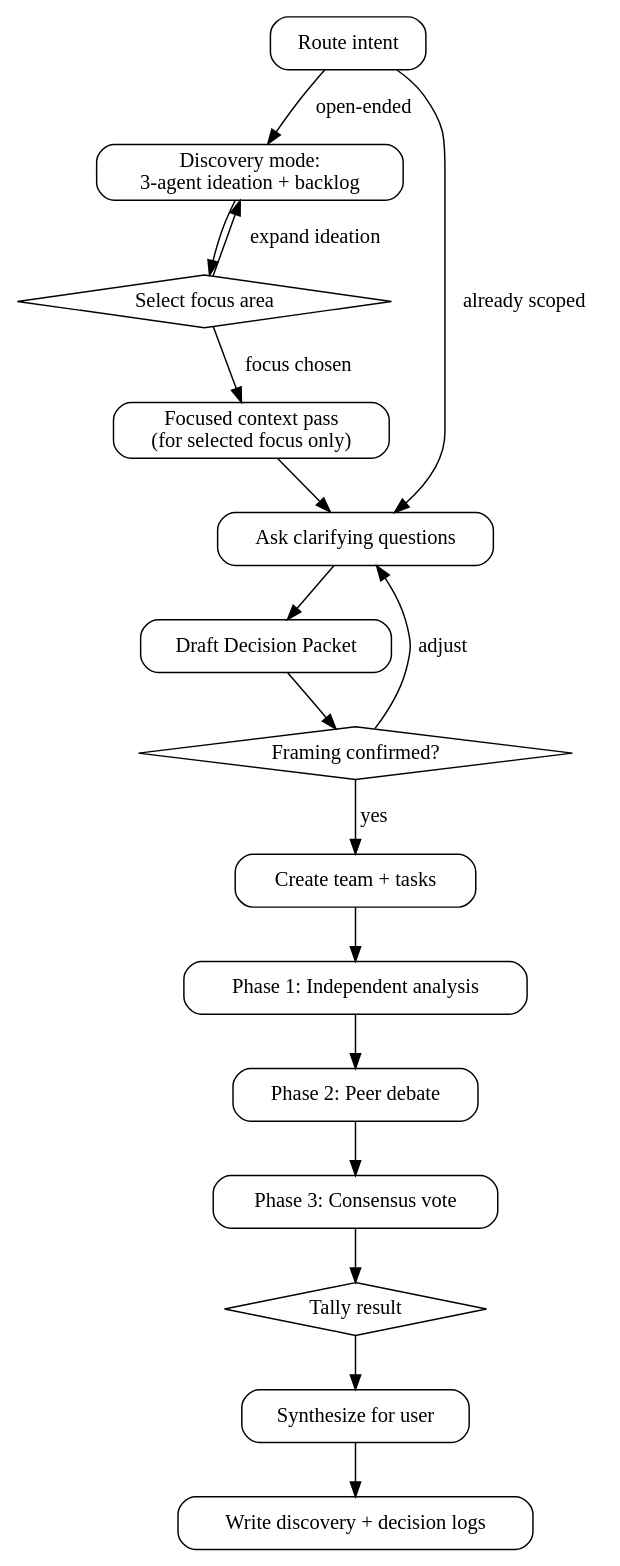
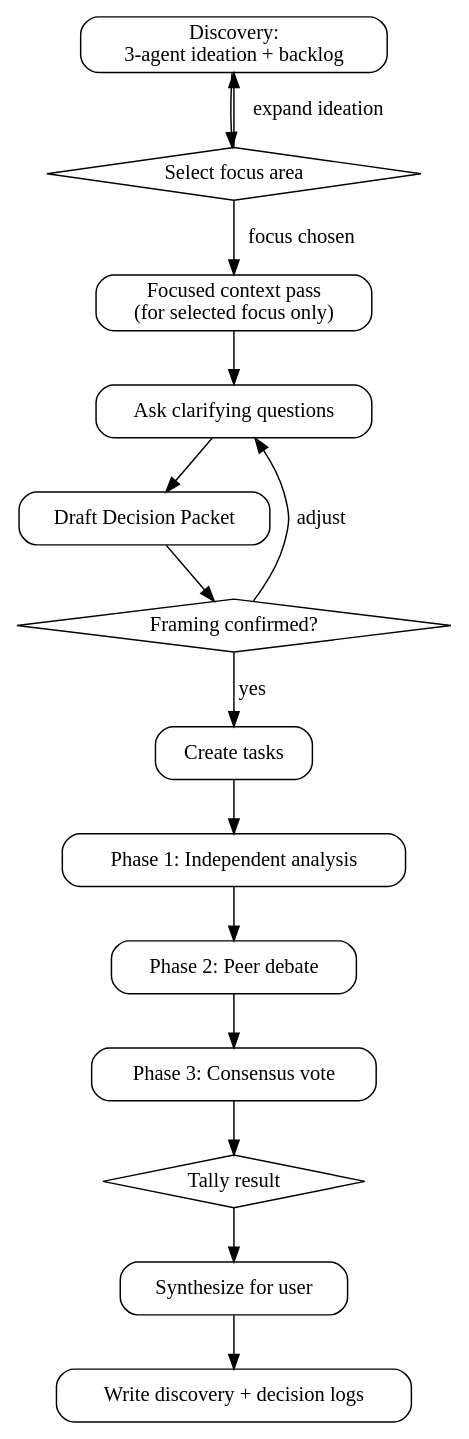
The diagram in skills/magi/SKILL.md (vinta/hal-9000), drawn with Graphviz before and after one commit. The commit also changed other lines of this file, not shown here.

First line of the commit message:
docs(magi): mandate Discovery phase for all runs

````diff
--- a/skills/magi/SKILL.md
+++ b/skills/magi/SKILL.md
@@ -81,34 +73,31 @@
 ```dot
 digraph magi {
     rankdir=TB;
     node [shape=box, style=rounded];
 
-    route [label="Route intent"];
-    discover [label="Discovery mode:\n3-agent ideation + backlog"];
+    discover [label="Discovery:\n3-agent ideation + backlog"];
     select [label="Select focus area" shape=diamond style=""];
     orient [label="Focused context pass\n(for selected focus only)"];
     clarify [label="Ask clarifying questions"];
     packet [label="Draft Decision Packet"];
     confirm [label="Framing confirmed?" shape=diamond style=""];
-    spawn [label="Create team + tasks"];
+    spawn [label="Create tasks"];
     analysis [label="Phase 1: Independent analysis"];
     debate [label="Phase 2: Peer debate"];
     vote [label="Phase 3: Consensus vote"];
     tally [label="Tally result" shape=diamond style=""];
     synth [label="Synthesize for user"];
     log [label="Write discovery + decision logs"];
 
-    route -> discover [label="open-ended"];
-    route -> clarify [label="already scoped"];
     discover -> select;
     select -> discover [label="expand ideation"];
     select -> orient [label="focus chosen"];
     orient -> clarify;
     clarify -> packet -> confirm;
     confirm -> clarify [label="adjust"];
     confirm -> spawn [label="yes"];
     spawn -> analysis -> debate -> vote -> tally;
     tally -> synth;
     synth -> log;
 }
 ```
````
